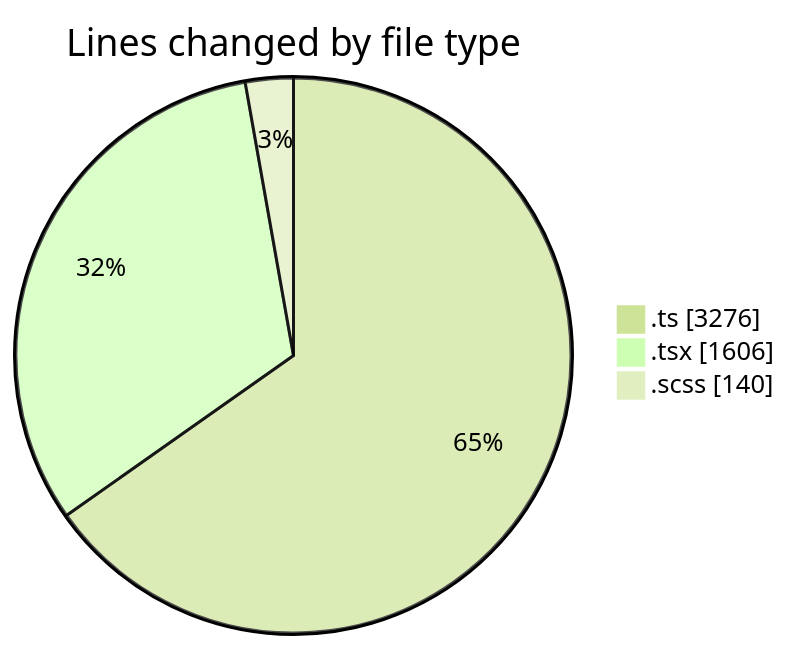
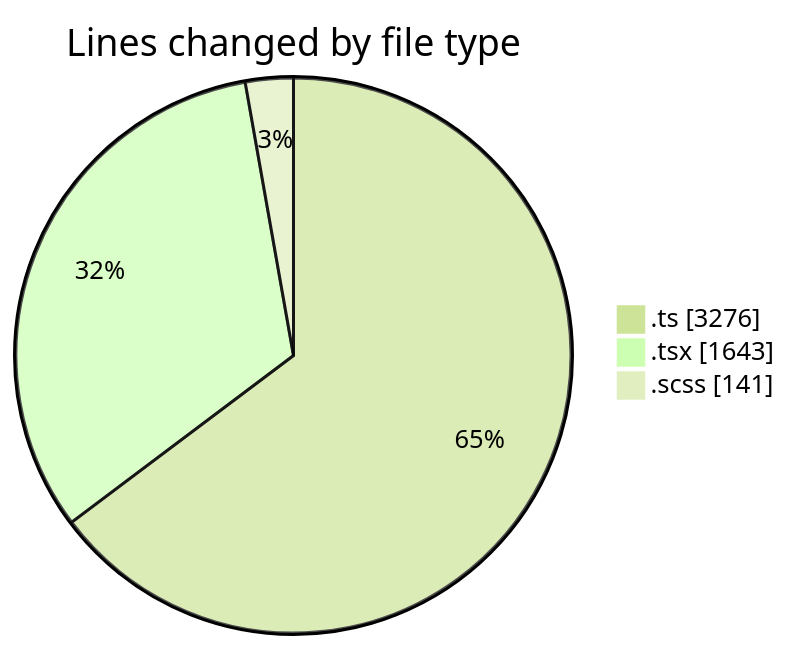
One commit to momahboobian/code-tracking changed the first of 2 diagrams in 2026-09-09/cda/README.md. Above: the diagram before and after it, drawn with Mermaid (forest theme). The commit also changed other lines of this file and 1 other file, not shown here.

````diff
--- a/2026-09-09/cda/README.md
+++ b/2026-09-09/cda/README.md
@@ -41,7 +41,7 @@
 ```mermaid
 pie showData
 title Lines changed by file type
 ".ts" : 3276
-".tsx" : 1606
-".scss" : 140
+".tsx" : 1643
+".scss" : 141
 ```
````
